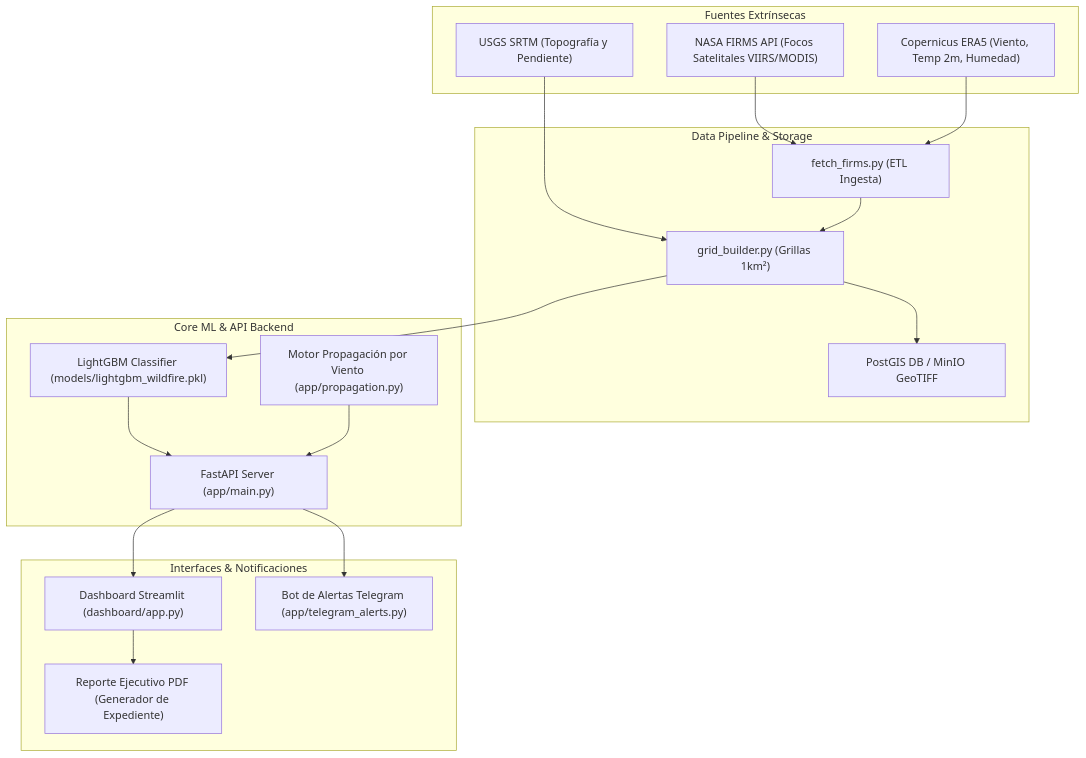
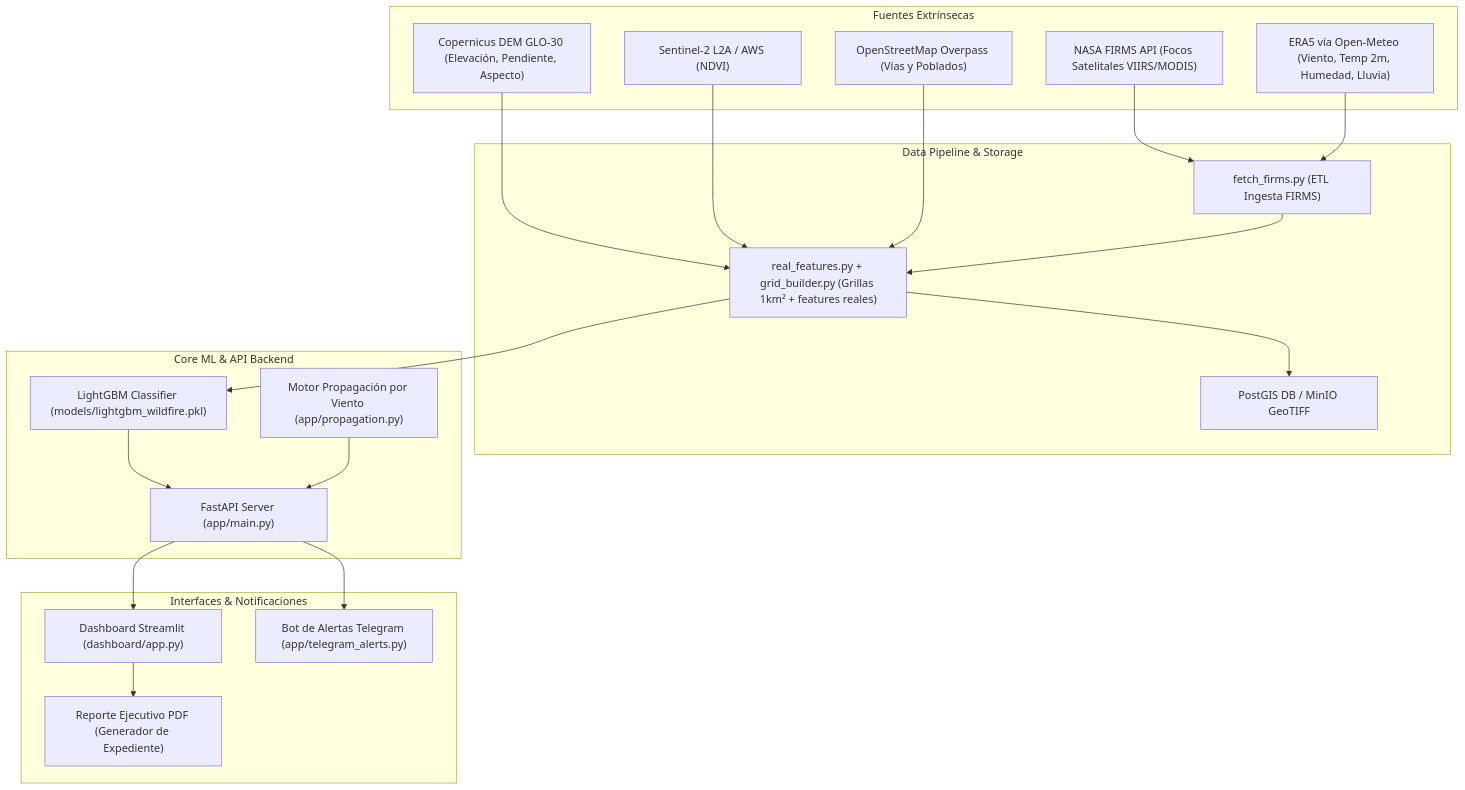
The diagram in docs/Memoria_Tecnica_Capstone.md (DanielMedina1727/SISTEMA-NACI-NAL-DE-ALERTA-TEMPRANA-DE-INCENDIOS-FORESTALES), drawn with Mermaid before and after one commit. The commit also changed other lines of this file and 36 other files, not shown here.

````diff
--- a/docs/Memoria_Tecnica_Capstone.md
+++ b/docs/Memoria_Tecnica_Capstone.md
@@ -25,38 +25,42 @@
 ```mermaid
 graph TD
     subgraph Fuentes Extrínsecas
         A1["NASA FIRMS API (Focos Satelitales VIIRS/MODIS)"]
-        A2["Copernicus ERA5 (Viento, Temp 2m, Humedad)"]
-        A3["USGS SRTM (Topografía y Pendiente)"]
+        A2["ERA5 vía Open-Meteo (Viento, Temp 2m, Humedad, Lluvia)"]
+        A3["Copernicus DEM GLO-30 (Elevación, Pendiente, Aspecto)"]
+        A4["Sentinel-2 L2A / AWS (NDVI)"]
+        A5["OpenStreetMap Overpass (Vías y Poblados)"]
     end
 
     subgraph Data Pipeline & Storage
-        B1["fetch_firms.py (ETL Ingesta)"]
-        B2["grid_builder.py (Grillas 1km²)"]
+        B1["fetch_firms.py (ETL Ingesta FIRMS)"]
+        B2["real_features.py + grid_builder.py (Grillas 1km² + features reales)"]
         B3["PostGIS DB / MinIO GeoTIFF"]
     end
 
     subgraph Core ML & API Backend
         C1["LightGBM Classifier (models/lightgbm_wildfire.pkl)"]
         C2["FastAPI Server (app/main.py)"]
         C3["Motor Propagación por Viento (app/propagation.py)"]
     end
 
     subgraph Interfaces & Notificaciones
         D1["Dashboard Streamlit (dashboard/app.py)"]
         D2["Bot de Alertas Telegram (app/telegram_alerts.py)"]
         D3["Reporte Ejecutivo PDF (Generador de Expediente)"]
     end
 
     A1 --> B1
     A2 --> B1
     A3 --> B2
+    A4 --> B2
+    A5 --> B2
     B1 --> B2
     B2 --> B3
     B2 --> C1
     C1 --> C2
     C3 --> C2
     C2 --> D1
     C2 --> D2
     D1 --> D3
 ```
````
